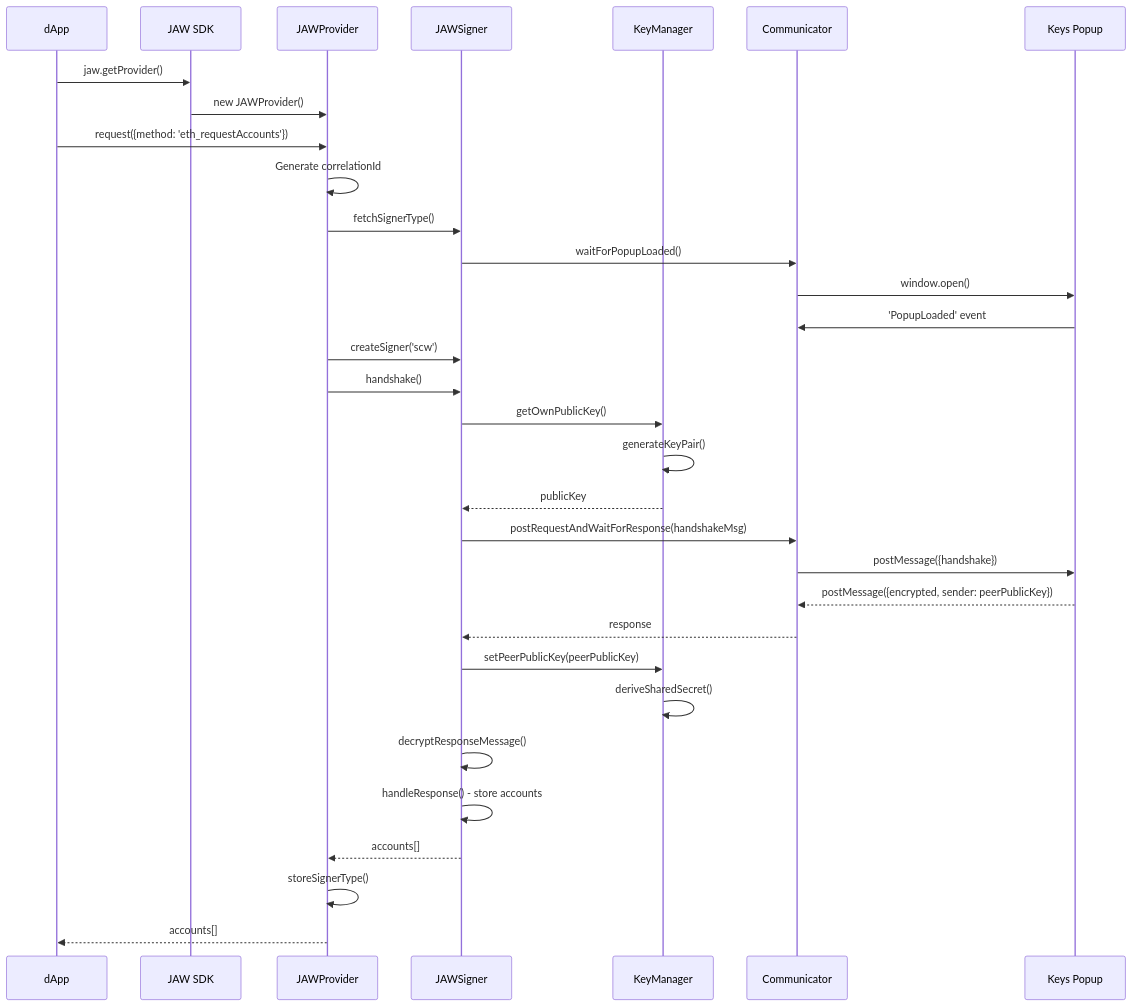
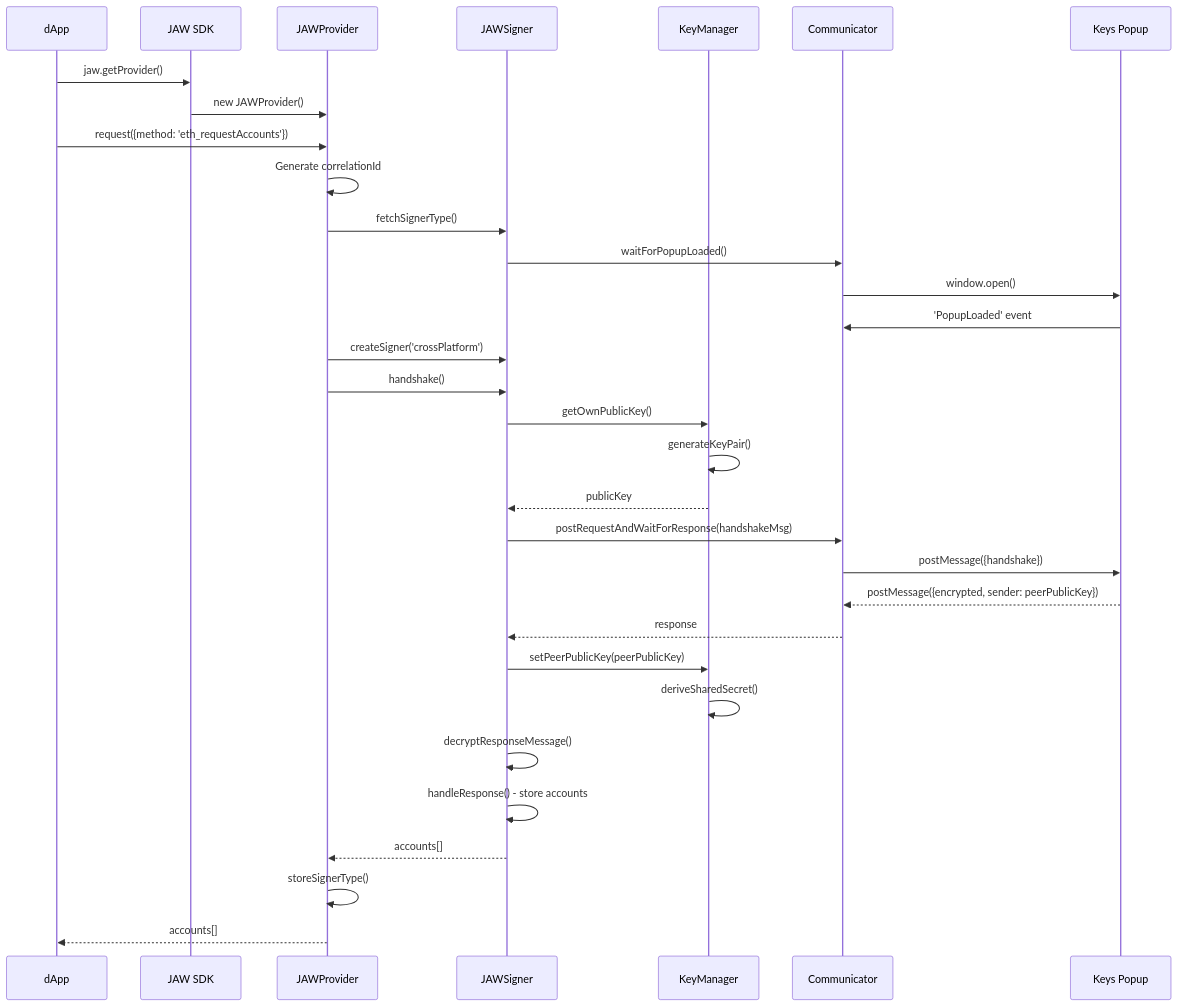
Before and after one commit to JustaName-id/jaw-mono: the second of 8 diagrams in packages/core/ARCHITECTURE.md, drawn with Mermaid. The commit also changed other lines of this file and 8 other files, not shown here.

````diff
--- a/packages/core/ARCHITECTURE.md
+++ b/packages/core/ARCHITECTURE.md
@@ -178,44 +178,44 @@
 ```mermaid
 sequenceDiagram
     participant App as dApp
     participant SDK as JAW SDK
     participant Provider as JAWProvider
     participant Signer as JAWSigner
     participant KeyMgr as KeyManager
     participant Comm as Communicator
     participant Popup as Keys Popup
 
     App->>SDK: jaw.getProvider()
     SDK->>Provider: new JAWProvider()
 
     App->>Provider: request({method: 'eth_requestAccounts'})
     Provider->>Provider: Generate correlationId
     Provider->>Signer: fetchSignerType()
 
     Signer->>Comm: waitForPopupLoaded()
     Comm->>Popup: window.open()
     Popup->>Comm: 'PopupLoaded' event
 
-    Provider->>Signer: createSigner('scw')
+    Provider->>Signer: createSigner('crossPlatform')
     Provider->>Signer: handshake()
 
     Signer->>KeyMgr: getOwnPublicKey()
     KeyMgr->>KeyMgr: generateKeyPair()
     KeyMgr-->>Signer: publicKey
 
     Signer->>Comm: postRequestAndWaitForResponse(handshakeMsg)
     Comm->>Popup: postMessage({handshake})
 
     Popup-->>Comm: postMessage({encrypted, sender: peerPublicKey})
     Comm-->>Signer: response
 
     Signer->>KeyMgr: setPeerPublicKey(peerPublicKey)
     KeyMgr->>KeyMgr: deriveSharedSecret()
 
     Signer->>Signer: decryptResponseMessage()
     Signer->>Signer: handleResponse() - store accounts
 
     Signer-->>Provider: accounts[]
     Provider->>Provider: storeSignerType()
     Provider-->>App: accounts[]
 ```
````
